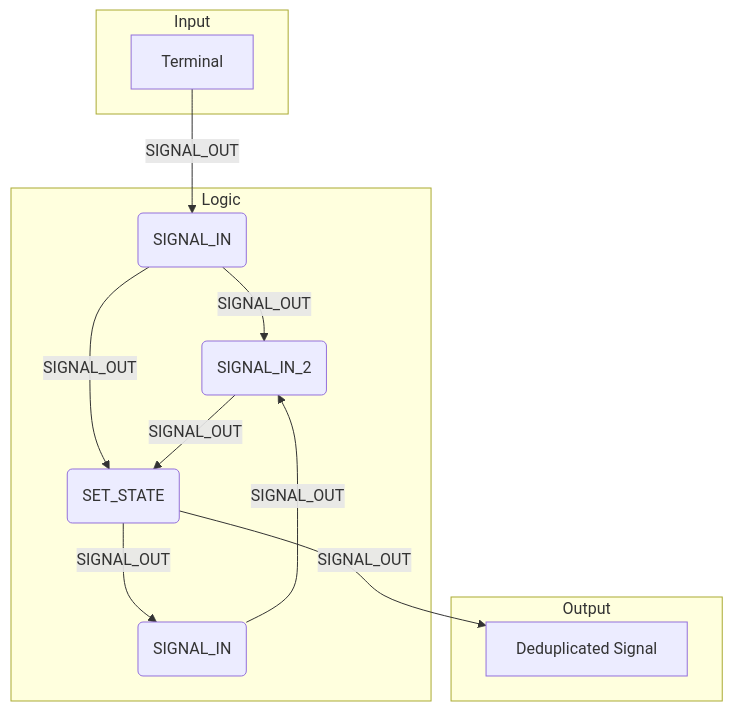
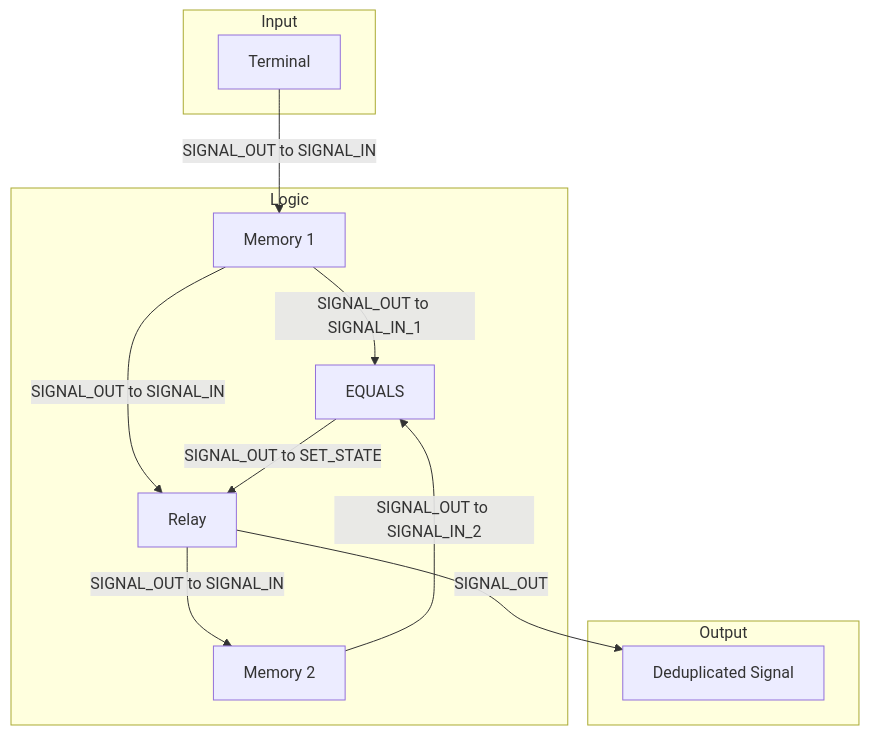
Before and after one commit to Xavrax/barotrauma: the diagram in summer_2k25_0/09-TerminalDeduplicator.md, drawn with Mermaid.

````diff
--- a/summer_2k25_0/09-TerminalDeduplicator.md
+++ b/summer_2k25_0/09-TerminalDeduplicator.md
@@ -39,26 +39,26 @@
 ```mermaid
 graph TD;
     subgraph Input
         TERMINAL["Terminal"];
     end
 
     subgraph Logic
         MEM1["Memory 1"];
         MEM2["Memory 2"];
         EQUALS["EQUALS"];
         RELAY["Relay"];
     end
 
     subgraph Output
         DEDUPLICATED_OUT["Deduplicated Signal"];
     end
 
-    TERMINAL -- "SIGNAL_OUT" --> MEM1(SIGNAL_IN);
-    MEM1 -- "SIGNAL_OUT" --> EQUALS(SIGNAL_IN_1);
-    MEM1 -- "SIGNAL_OUT" --> RELAY(SIGNAL_IN);
-    RELAY -- "SIGNAL_OUT" --> MEM2(SIGNAL_IN);
-    MEM2 -- "SIGNAL_OUT" --> EQUALS(SIGNAL_IN_2);
-    EQUALS -- "SIGNAL_OUT" --> RELAY(SET_STATE);
+    TERMINAL -- "SIGNAL_OUT to SIGNAL_IN" --> MEM1;
+    MEM1 -- "SIGNAL_OUT to SIGNAL_IN_1" --> EQUALS;
+    MEM1 -- "SIGNAL_OUT to SIGNAL_IN" --> RELAY;
+    RELAY -- "SIGNAL_OUT to SIGNAL_IN" --> MEM2;
+    MEM2 -- "SIGNAL_OUT to SIGNAL_IN_2" --> EQUALS;
+    EQUALS -- "SIGNAL_OUT to SET_STATE" --> RELAY;
     RELAY -- "SIGNAL_OUT" --> DEDUPLICATED_OUT;
 
 ```
````
